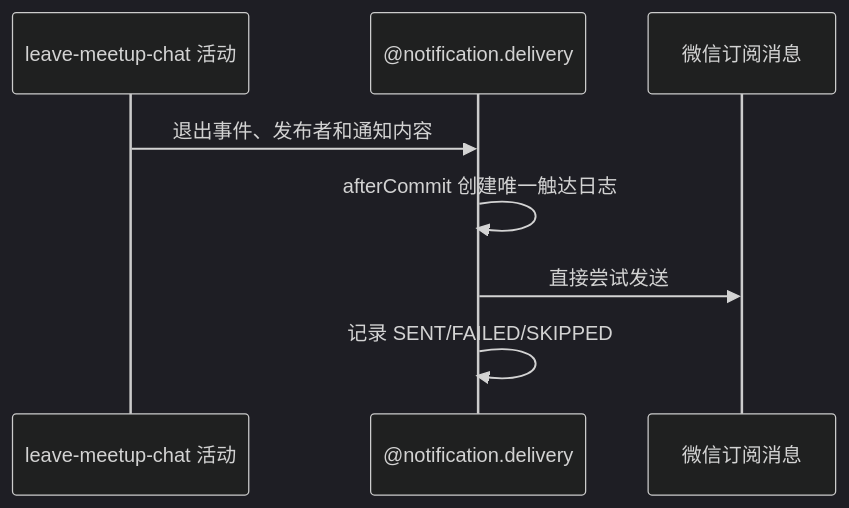
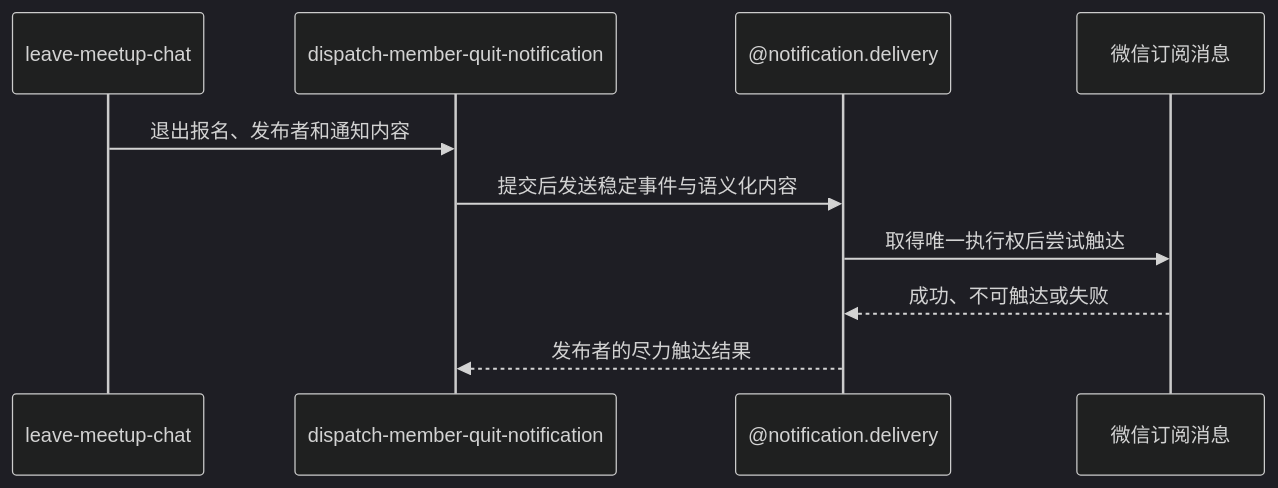
The diagram in blueprint/spec/meetup/meetup-quit/dispatch-member-quit-notification/activity.md (chxt100016/Rally), drawn with Mermaid (dark theme) before and after one commit. The commit also changed other lines of this file and 871 other files, not shown here.

````diff
--- a/blueprint/spec/meetup/meetup-quit/dispatch-member-quit-notification/activity.md
+++ b/blueprint/spec/meetup/meetup-quit/dispatch-member-quit-notification/activity.md
@@ -14,10 +14,12 @@
 ```mermaid
 sequenceDiagram
-    participant L as leave-meetup-chat 活动
+    participant L as leave-meetup-chat
+    participant D as dispatch-member-quit-notification
     participant N as @notification.delivery
     participant W as 微信订阅消息
-    L->>N: 退出事件、发布者和通知内容
-    N->>N: afterCommit 创建唯一触达日志
-    N->>W: 直接尝试发送
-    N->>N: 记录 SENT/FAILED/SKIPPED
+    L->>D: 退出报名、发布者和通知内容
+    D->>N: 提交后发送稳定事件与语义化内容
+    N->>W: 取得唯一执行权后尝试触达
+    W-->>N: 成功、不可触达或失败
+    N-->>D: 发布者的尽力触达结果
 ```
````
